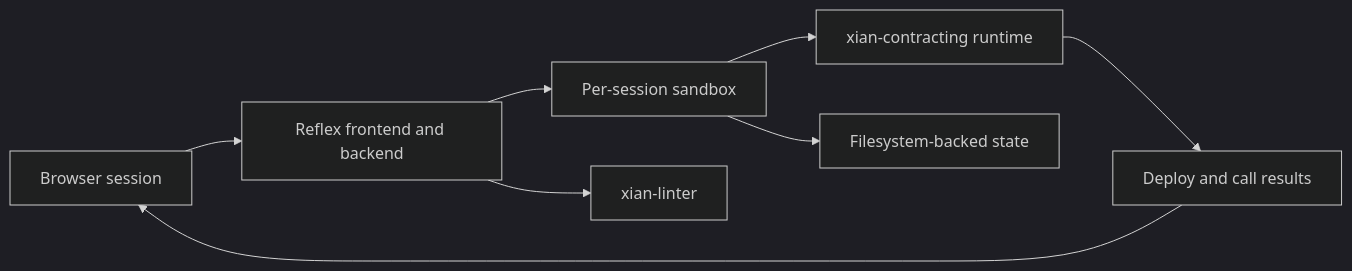
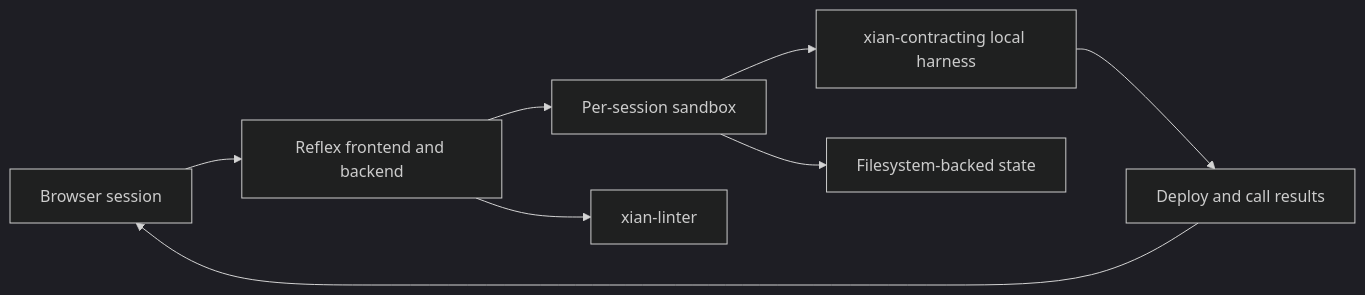
The diagram in README.md (xian-technology/xian-playground-web), drawn with Mermaid (dark theme) before and after one commit. The commit also changed other lines of this file and 7 other files, not shown here.

````diff
--- a/README.md
+++ b/README.md
@@ -15,10 +16,10 @@
 ```mermaid
 flowchart LR
   Browser["Browser session"] --> Reflex["Reflex frontend and backend"]
   Reflex --> Session["Per-session sandbox"]
-  Session --> Contracting["xian-contracting runtime"]
+  Session --> Contracting["xian-contracting local harness"]
   Session --> Storage["Filesystem-backed state"]
   Reflex --> Linter["xian-linter"]
   Contracting --> Results["Deploy and call results"]
   Results --> Browser
 ```
````
